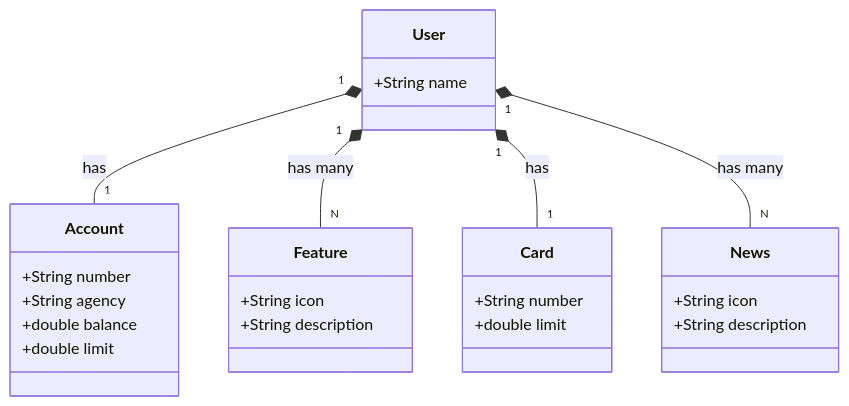
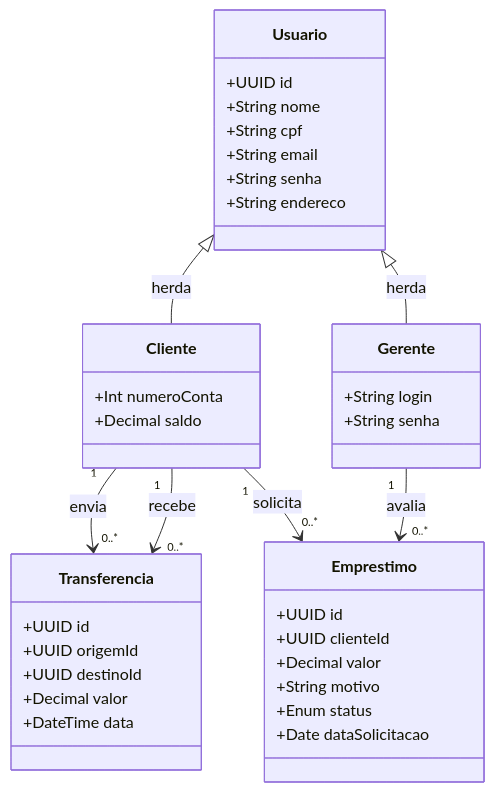
One commit to tfsLua/MiniBank changed the diagram in README.md. Above: the diagram before and after it, drawn with Mermaid.

````diff
--- a/README.md
+++ b/README.md
@@ -6,33 +6,48 @@
 ```mermaid
 classDiagram
-    class User {
-        +String name
+    class Usuario {
+        +UUID id
+        +String nome
+        +String cpf
+        +String email
+        +String senha
+        +String endereco
     }
 
-    class Account {
-        +String number
-        +String agency
-        +double balance
-        +double limit
+    class Cliente {
+        +Int numeroConta
+        +Decimal saldo
     }
 
-    class Feature {
-        +String icon
-        +String description
+    class Gerente {
+        +String login
+        +String senha
     }
 
-    class Card {
-        +String number
-        +double limit
+    class Transferencia {
+        +UUID id
+        +UUID origemId
+        +UUID destinoId
+        +Decimal valor
+        +DateTime data
     }
 
-    class News {
-        +String icon
-        +String description
+    class Emprestimo {
+        +UUID id
+        +UUID clienteId
+        +Decimal valor
+        +String motivo
+        +Enum status
+        +Date dataSolicitacao
     }
 
-    User "1" *-- "1" Account : has
-    User "1" *-- "N" Feature : has many
-    User "1" *-- "1" Card : has
-    User "1" *-- "N" News : has many
+    Usuario <|-- Cliente : herda
+    Usuario <|-- Gerente : herda
+
+    Cliente "1" --> "0..*" Transferencia : envia
+    Cliente "1" --> "0..*" Transferencia : recebe
+
+    Cliente "1" --> "0..*" Emprestimo : solicita
+    Gerente "1" --> "0..*" Emprestimo : avalia
+
   ```
````
